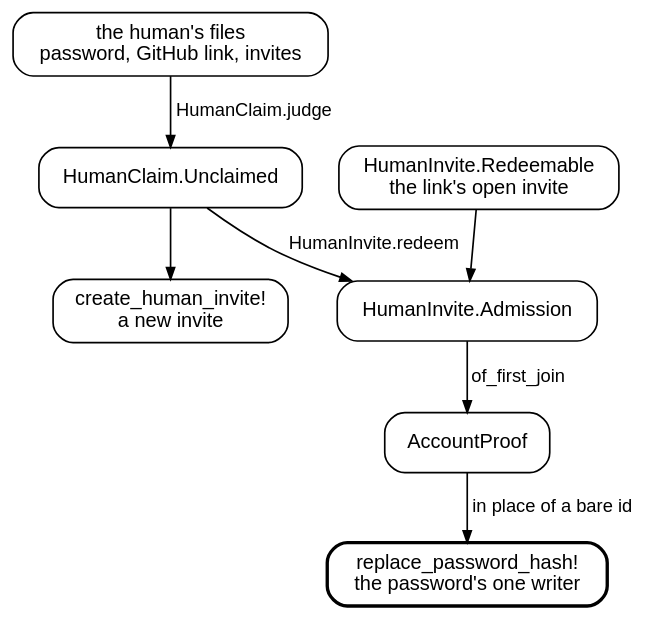
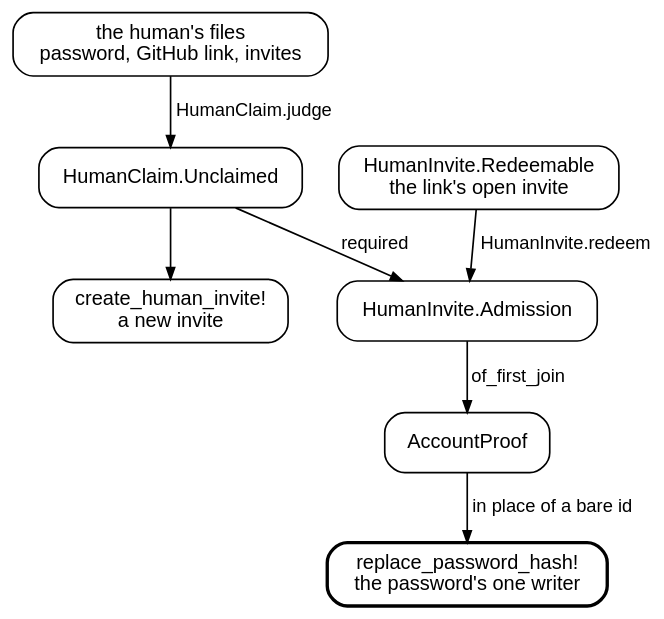
The diagram in site/security_idioms_proof.dot (showell/roc-apps), drawn with Graphviz before and after one commit. The commit also changed 2 other files, not shown here.

```diff
--- a/site/security_idioms_proof.dot
+++ b/site/security_idioms_proof.dot
@@ -1,24 +1,24 @@
 // The security idioms page's drawing of the proof a password's writer takes:
 // each opaque value, and the one function that makes it.
 // site/build_security_idioms.shale renders it with Graphviz and puts the SVG
 // in the page.
 digraph proof {
   graph [rankdir=TB, bgcolor="transparent", nodesep=0.3, ranksep=0.4, fontname="sans-serif", fontsize=12];
   node [shape=box, style="rounded", fontname="sans-serif", fontsize=12, margin="0.14,0.08"];
   edge [fontname="sans-serif", fontsize=11, arrowsize=0.7];
 
   facts [label="the human's files\npassword, GitHub link, invites"];
   unclaimed [label="HumanClaim.Unclaimed"];
   redeemable [label="HumanInvite.Redeemable\nthe link's open invite"];
   invite [label="create_human_invite!\na new invite"];
   admission [label="HumanInvite.Admission"];
   proof [label="AccountProof"];
   writer [label="replace_password_hash!\nthe password's one writer", style="rounded,bold"];
 
   facts -> unclaimed [label="HumanClaim.judge"];
   unclaimed -> invite;
-  unclaimed -> admission [label="HumanInvite.redeem"];
-  redeemable -> admission;
+  unclaimed -> admission [label="required"];
+  redeemable -> admission [label="HumanInvite.redeem"];
   admission -> proof [label="of_first_join"];
   proof -> writer [label="in place of a bare id"];
 }
```
